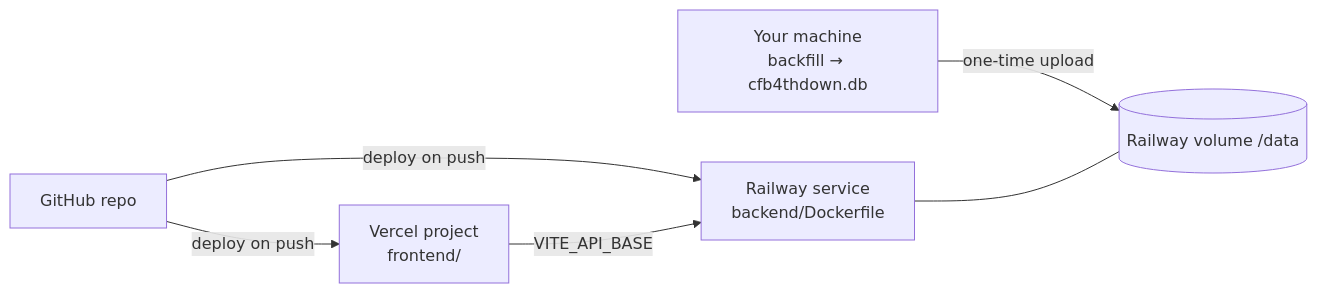
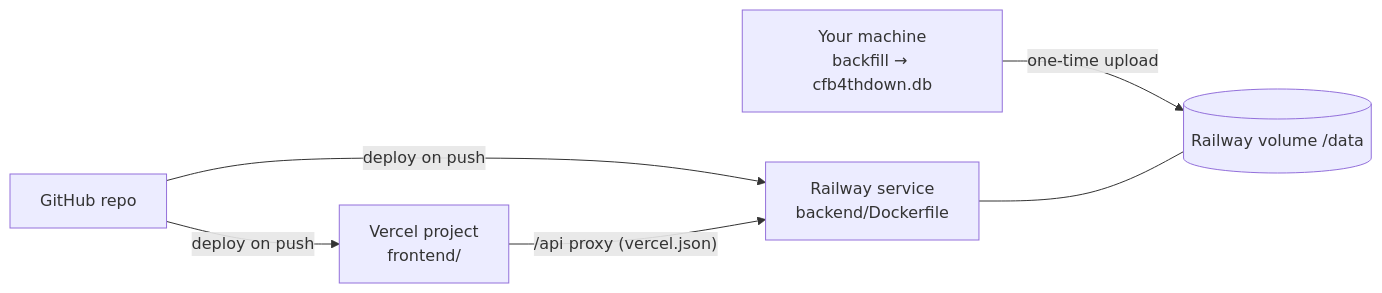
Before and after one commit to lneuendorf/cfb4thdown-v2: the diagram in docs/deploy.md, drawn with Mermaid. The commit also changed other lines of this file and 1 other file, not shown here.

First line of the commit message:
feat(frontend): proxy /api through Vercel to the Railway API

````diff
--- a/docs/deploy.md
+++ b/docs/deploy.md
@@ -5,8 +5,8 @@
 ```mermaid
 flowchart LR
   laptop["Your machine<br/>backfill → cfb4thdown.db"] -- "one-time upload" --> vol[("Railway volume /data")]
   gh["GitHub repo"] -- "deploy on push" --> api["Railway service<br/>backend/Dockerfile"]
   gh -- "deploy on push" --> web["Vercel project<br/>frontend/"]
   api --- vol
-  web -- "VITE_API_BASE" --> api
+  web -- "/api proxy (vercel.json)" --> api
 ```
````
